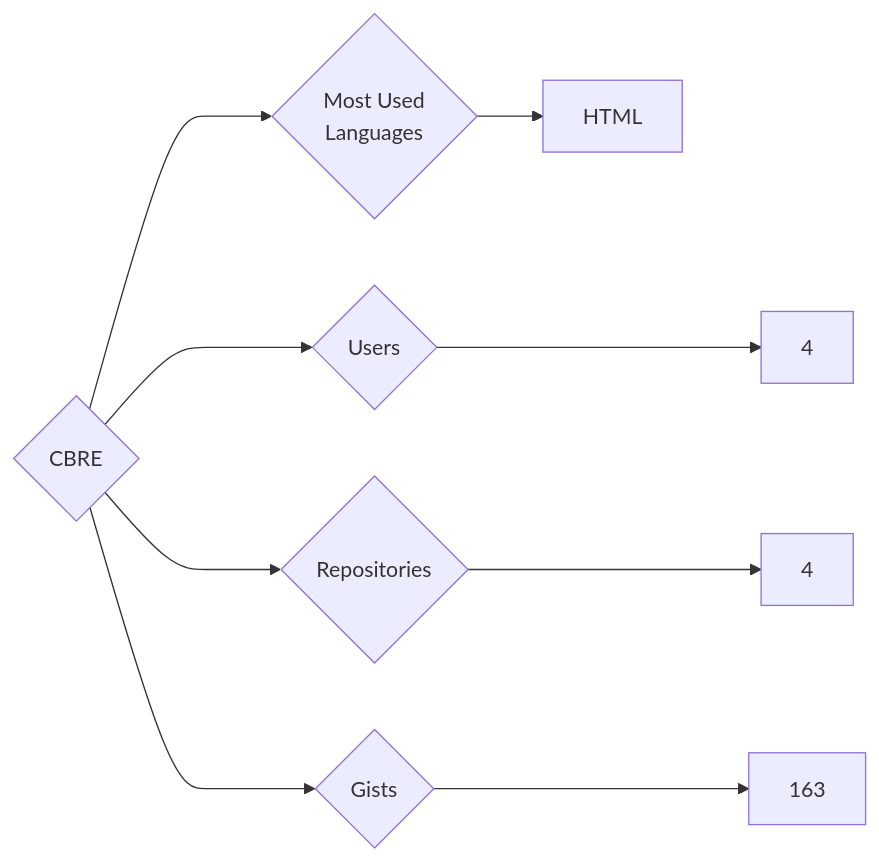
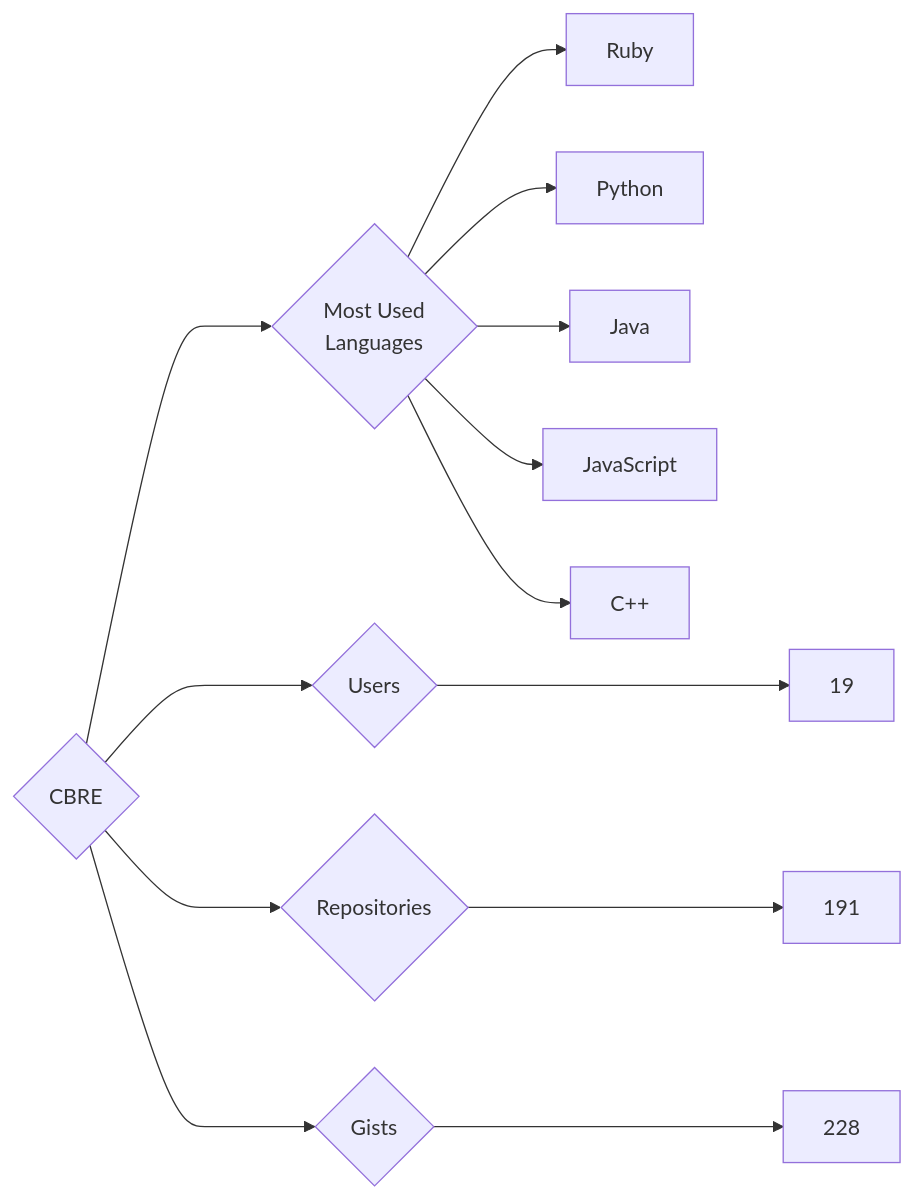
One commit to trickest/insiders changed the diagram in targets/CBRE/README.md. Above: the diagram before and after it, drawn with Mermaid. The commit also changed 845 other files, not shown here.

````diff
--- a/targets/CBRE/README.md
+++ b/targets/CBRE/README.md
@@ -3,9 +3,13 @@
 ```mermaid
 graph LR
 COMPANY_NAME{CBRE}
-COMPANY_NAME ---> U{Users} ---> UN[4]
-COMPANY_NAME ---> R{Repositories} ---> RN[4]
-COMPANY_NAME ---> G{Gists} ---> GN[163]
+COMPANY_NAME ---> U{Users} ---> UN[19]
+COMPANY_NAME ---> R{Repositories} ---> RN[191]
+COMPANY_NAME ---> G{Gists} ---> GN[228]
 COMPANY_NAME ---> ML{Most Used<br>Languages}
-ML --> HTML[HTML]
+ML --> Ruby[Ruby]
+ML --> Python[Python]
+ML --> Java[Java]
+ML --> JavaScript[JavaScript]
+ML --> C++[C++]
 ```
````
